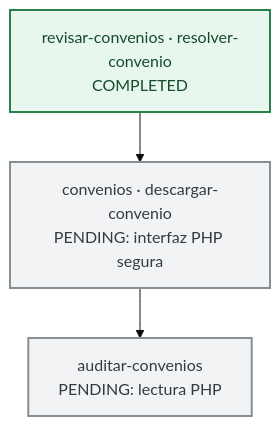
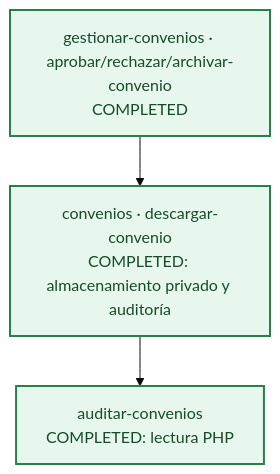
The fifth of 7 diagrams in docs_md/roadmap.md (chocokrispii/sistema_fct), drawn with Mermaid (base theme) before and after one commit. The commit also changed other lines of this file and 16 other files, not shown here.

````diff
--- a/docs_md/roadmap.md
+++ b/docs_md/roadmap.md
@@ -94,10 +94,10 @@
 ```mermaid
 flowchart TB
-    review["revisar-convenios · resolver-convenio<br/>COMPLETED"]:::completed
-    file["convenios · descargar-convenio<br/>PENDING: interfaz PHP segura"]:::pending
-    audit["auditar-convenios<br/>PENDING: lectura PHP"]:::pending
+    review["gestionar-convenios · aprobar/rechazar/archivar-convenio<br/>COMPLETED"]:::completed
+    file["convenios · descargar-convenio<br/>COMPLETED: almacenamiento privado y auditoría"]:::completed
+    audit["auditar-convenios<br/>COMPLETED: lectura PHP"]:::completed
     review --> file --> audit
     classDef completed fill:#e8f7ee,stroke:#29804b,color:#174b2b,stroke-width:2px
     classDef inprogress fill:#fff9df,stroke:#9b7b00,color:#493b00,stroke-width:2px
     classDef pending fill:#f1f3f5,stroke:#868e96,color:#343a40,stroke-width:2px
 ```
````
